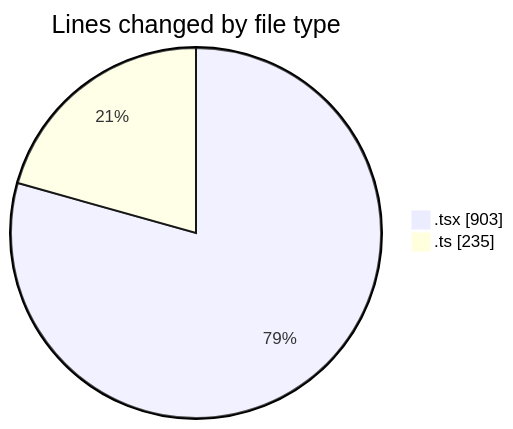
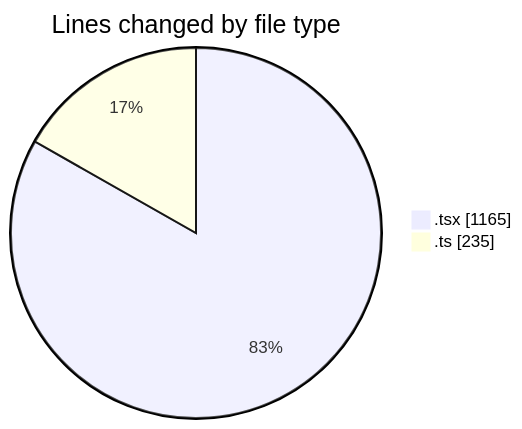
Before and after one commit to momahboobian/code-tracking: the first of 2 diagrams in 2025-09-15/cda/README.md, drawn with Mermaid. The commit also changed other lines of this file and 1 other file, not shown here.

````diff
--- a/2025-09-15/cda/README.md
+++ b/2025-09-15/cda/README.md
@@ -22,6 +22,6 @@
 ```mermaid
 pie showData
 title Lines changed by file type
-".tsx" : 903
+".tsx" : 1165
 ".ts" : 235
 ```
````
